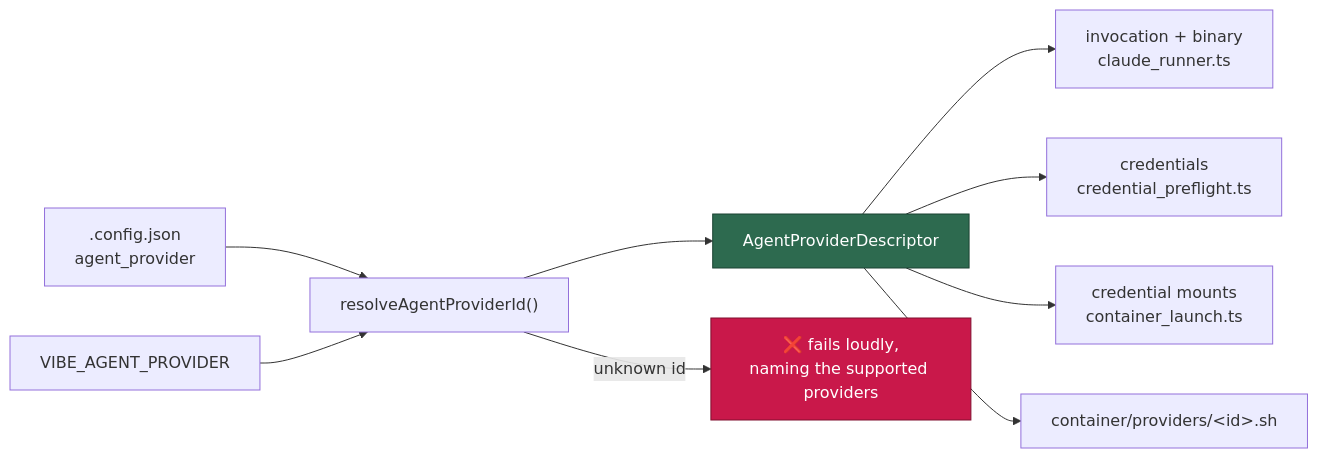
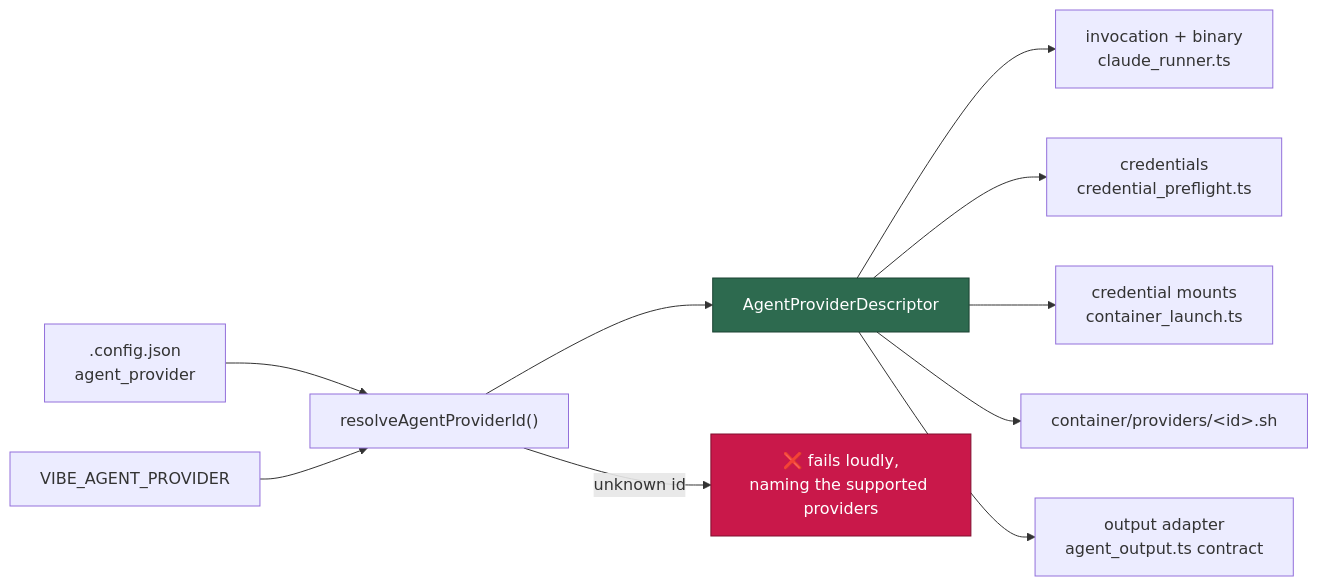
Before and after one commit to stSoftwareAU/VibeCoder: diagram 16 of 20 in docs/CONTAINER.md, drawn with Mermaid. The commit also changed other lines of this file, not shown here.

First line of the commit message:
Document the normalised output/failure contract in the provider layer (Issue #1695)

````diff
--- a/docs/CONTAINER.md
+++ b/docs/CONTAINER.md
@@ -1475,13 +1476,14 @@
 ```mermaid
 flowchart LR
     C[".config.json<br/>agent_provider"] --> R["resolveAgentProviderId()"]
     E["VIBE_AGENT_PROVIDER"] --> R
     R --> D["AgentProviderDescriptor"]
     D --> I["invocation + binary<br/>claude_runner.ts"]
     D --> K["credentials<br/>credential_preflight.ts"]
     D --> M["credential mounts<br/>container_launch.ts"]
     D --> F["container/providers/&lt;id&gt;.sh"]
+    D --> O["output adapter<br/>agent_output.ts contract"]
     R -->|unknown id| X["❌ fails loudly,<br/>naming the supported providers"]
     style X fill:#c9184a,stroke:#800f2f,color:#fff
     style D fill:#2d6a4f,stroke:#1b4332,color:#fff
 ```
````
